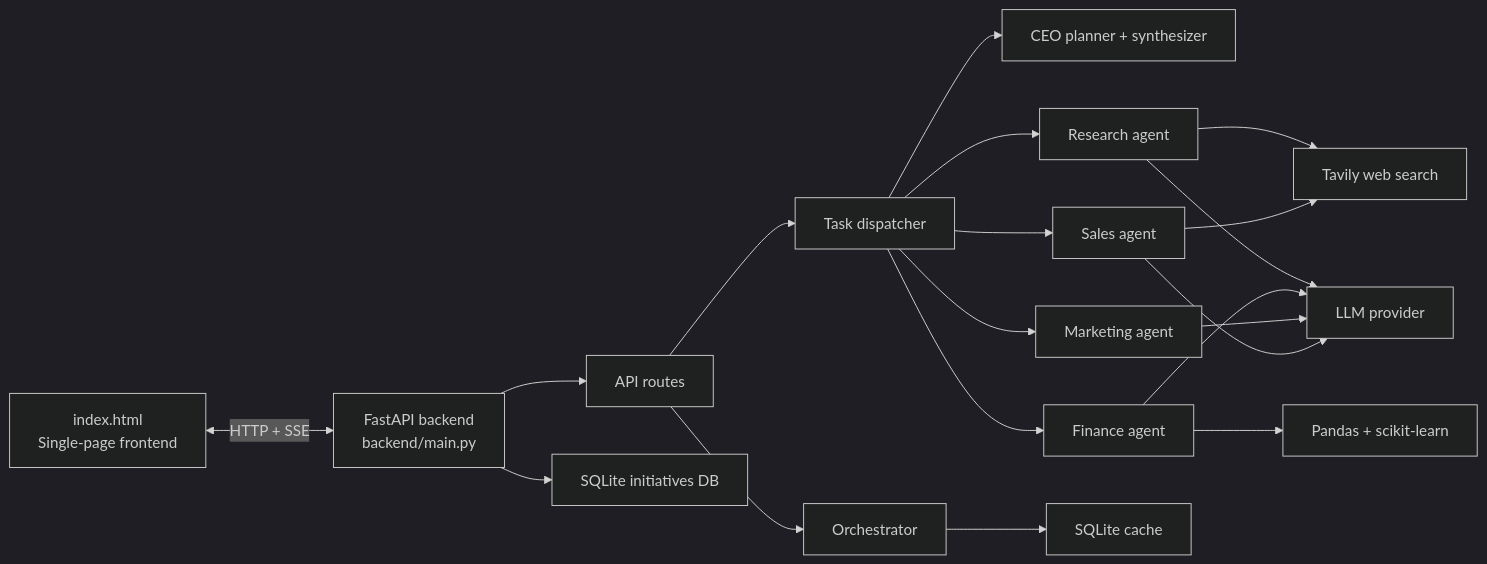
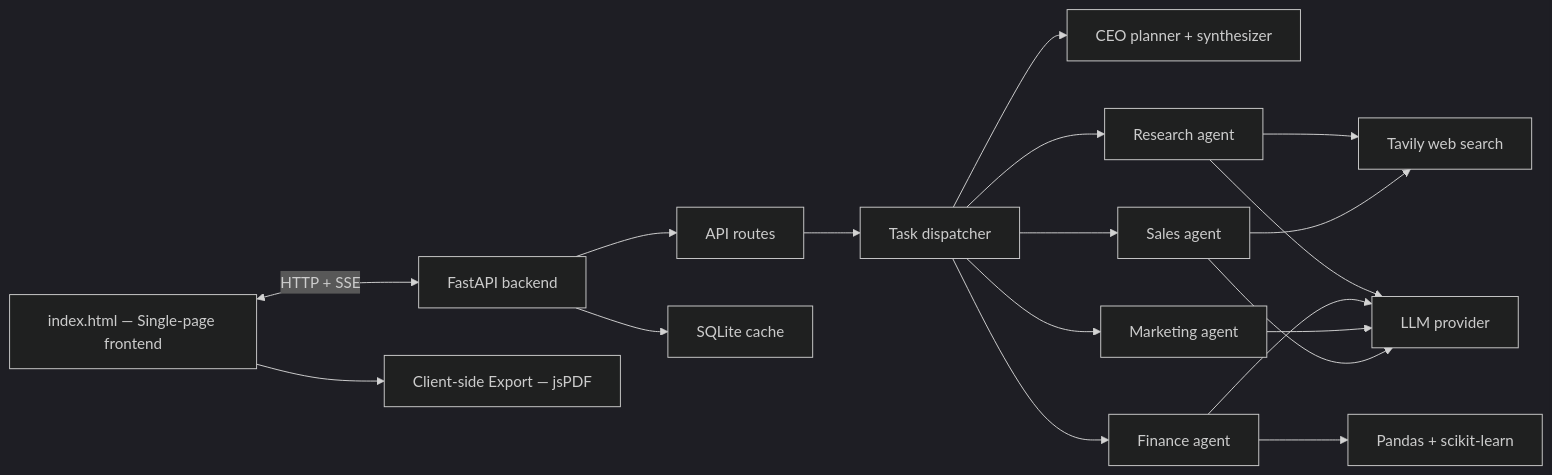
The first of 2 diagrams in README.md (KunalChoudhary07/company_OS), drawn with Mermaid (dark theme) before and after one commit. The commit also changed other lines of this file and 6 other files, not shown here.

First line of the commit message:
feat: Add Export Report feature (PDF/CSV/HTML) for business profiles

````diff
--- a/README.md
+++ b/README.md
@@ -54,23 +66,20 @@
 ```mermaid
 flowchart LR
-    UI[index.html
-Single-page frontend] <-->|HTTP + SSE| API[FastAPI backend
-backend/main.py]
+    UI[index.html — Single-page frontend] <-->|HTTP + SSE| API[FastAPI backend]
     API --> ROUTES[API routes]
-    ROUTES --> ORCH[Orchestrator]
     ROUTES --> DISP[Task dispatcher]
     DISP --> CEO[CEO planner + synthesizer]
     DISP --> R[Research agent]
     DISP --> F[Finance agent]
     DISP --> M[Marketing agent]
     DISP --> S[Sales agent]
     R --> TAV[Tavily web search]
     R --> LLM[LLM provider]
     F --> P[Pandas + scikit-learn]
     F --> LLM
     M --> LLM
     S --> TAV
     S --> LLM
-    ORCH --> CACHE[SQLite cache]
-    API --> DB[SQLite initiatives DB]
+    API --> CACHE[SQLite cache]
+    UI --> EXPORT[Client-side Export — jsPDF]
 ```
````
